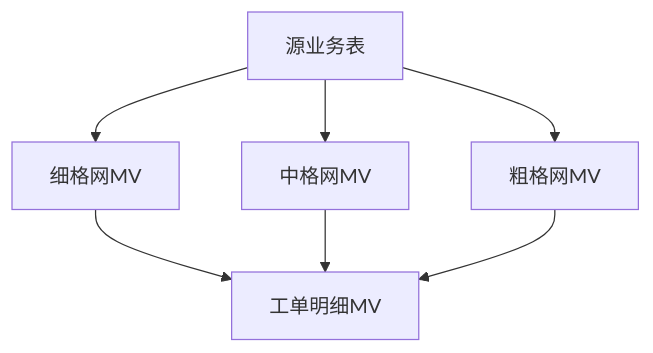
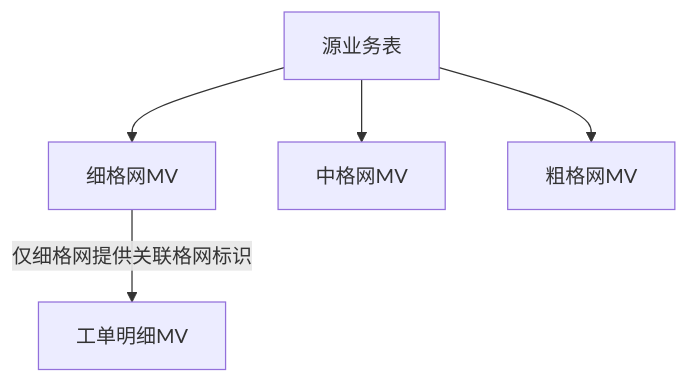
The third of 8 diagrams in Blog/mvt-webgl_heatmap-ccl/AGENTS.md (zheyi420/Dev-Wiki), drawn with Mermaid before and after one commit. The commit also changed other lines of this file and 2 other files, not shown here.

````diff
--- a/Blog/mvt-webgl_heatmap-ccl/AGENTS.md
+++ b/Blog/mvt-webgl_heatmap-ccl/AGENTS.md
@@ -512,14 +509,12 @@
 ```mermaid
 flowchart TB
   sourceTable[源业务表]
   mv5[细格网MV]
   mv100[中格网MV]
   mv300[粗格网MV]
   orderMV[工单明细MV]
   sourceTable --> mv5
   sourceTable --> mv100
   sourceTable --> mv300
-  mv5 --> orderMV
-  mv100 --> orderMV
-  mv300 --> orderMV
+  mv5 -->|"仅细格网提供关联格网标识"| orderMV
 ```
````
